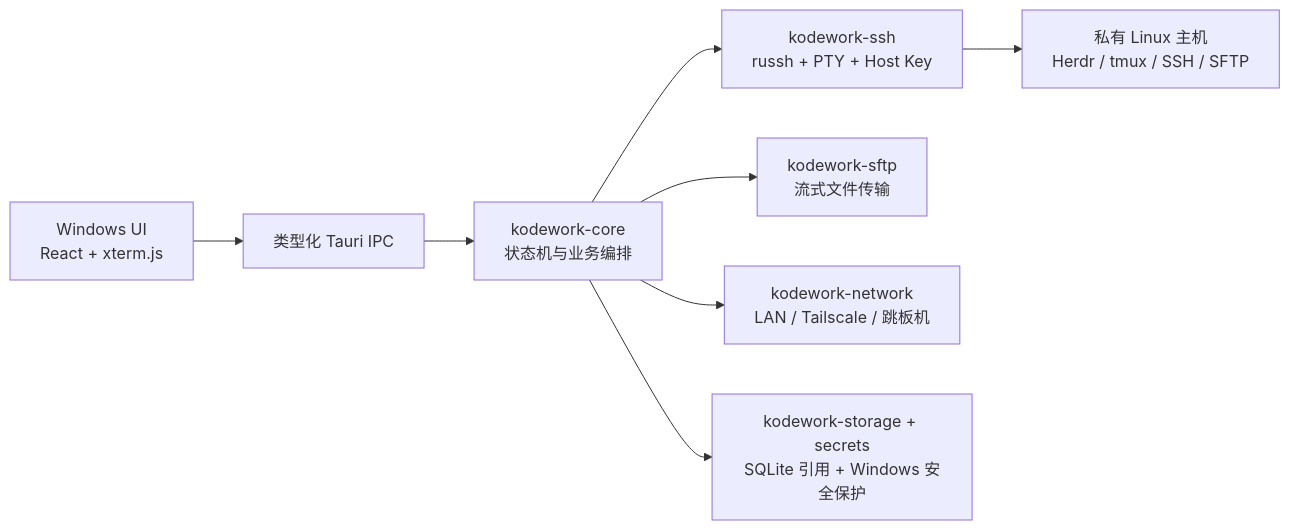
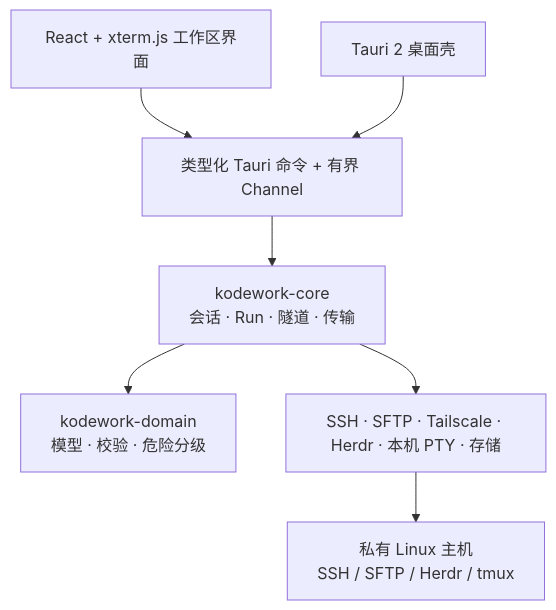
Before and after one commit to likangmax/KodeWork: the diagram in README.zh-CN.md, drawn with Mermaid. The commit also changed other lines of this file and 35 other files, not shown here.

````diff
--- a/README.zh-CN.md
+++ b/README.zh-CN.md
@@ -57,10 +76,9 @@
 ```mermaid
-flowchart LR
-  UI[Windows UI\nReact + xterm.js] --> IPC[类型化 Tauri IPC]
-  IPC --> CORE[kodework-core\n状态机与业务编排]
-  CORE --> SSH[kodework-ssh\nrussh + PTY + Host Key]
-  CORE --> SFTP[kodework-sftp\n流式文件传输]
-  CORE --> NET[kodework-network\nLAN / Tailscale / 跳板机]
-  CORE --> STORE[kodework-storage + secrets\nSQLite 引用 + Windows 安全保护]
-  SSH --> HOST[私有 Linux 主机\nHerdr / tmux / SSH / SFTP]
+flowchart TB
+  UI[React + xterm.js 工作区界面] --> IPC[类型化 Tauri 命令 + 有界 Channel]
+  Shell[Tauri 2 桌面壳] --> IPC
+  IPC --> Core[kodework-core\n会话 · Run · 隧道 · 传输]
+  Core --> Domain[kodework-domain\n模型 · 校验 · 危险分级]
+  Core --> Adapters[SSH · SFTP · Tailscale · Herdr · 本机 PTY · 存储]
+  Adapters --> Host[私有 Linux 主机\nSSH / SFTP / Herdr / tmux]
 ```
````
